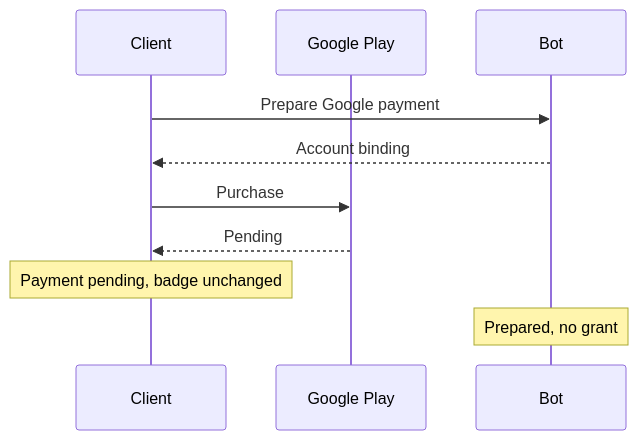
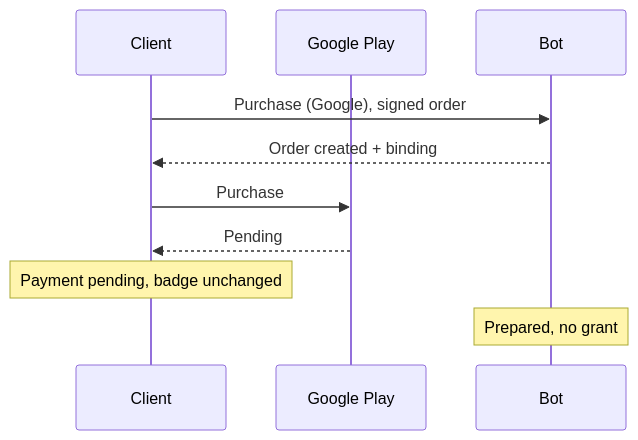
One commit to simplex-chat/simplex-chat changed the fifth of 12 diagrams in plans/2026-07-20-supporter-badges-v2-product.md. Above: the diagram before and after it, drawn with Mermaid. The commit also changed other lines of this file and 3 other files, not shown here.

````diff
--- a/plans/2026-07-20-supporter-badges-v2-product.md
+++ b/plans/2026-07-20-supporter-badges-v2-product.md
@@ -174,12 +178,12 @@
 ```mermaid
 sequenceDiagram
   participant C as Client
   participant G as Google Play
   participant B as Bot
-  C->>B: Prepare Google payment
-  B-->>C: Account binding
+  C->>B: Purchase (Google), signed order
+  B-->>C: Order created + binding
   C->>G: Purchase
   G-->>C: Pending
   Note over C: Payment pending, badge unchanged
   Note over B: Prepared, no grant
 ```
````
